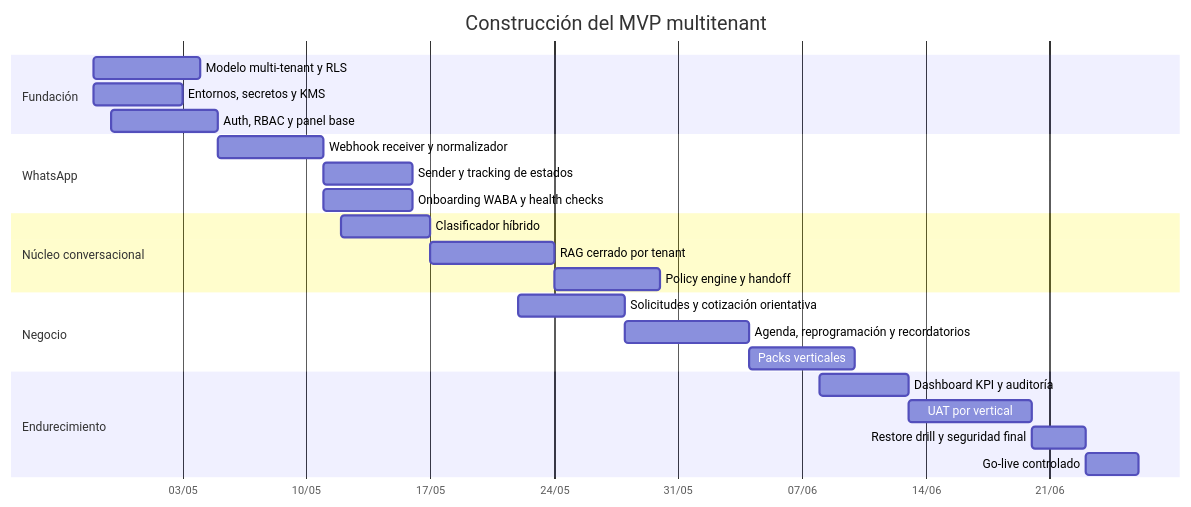
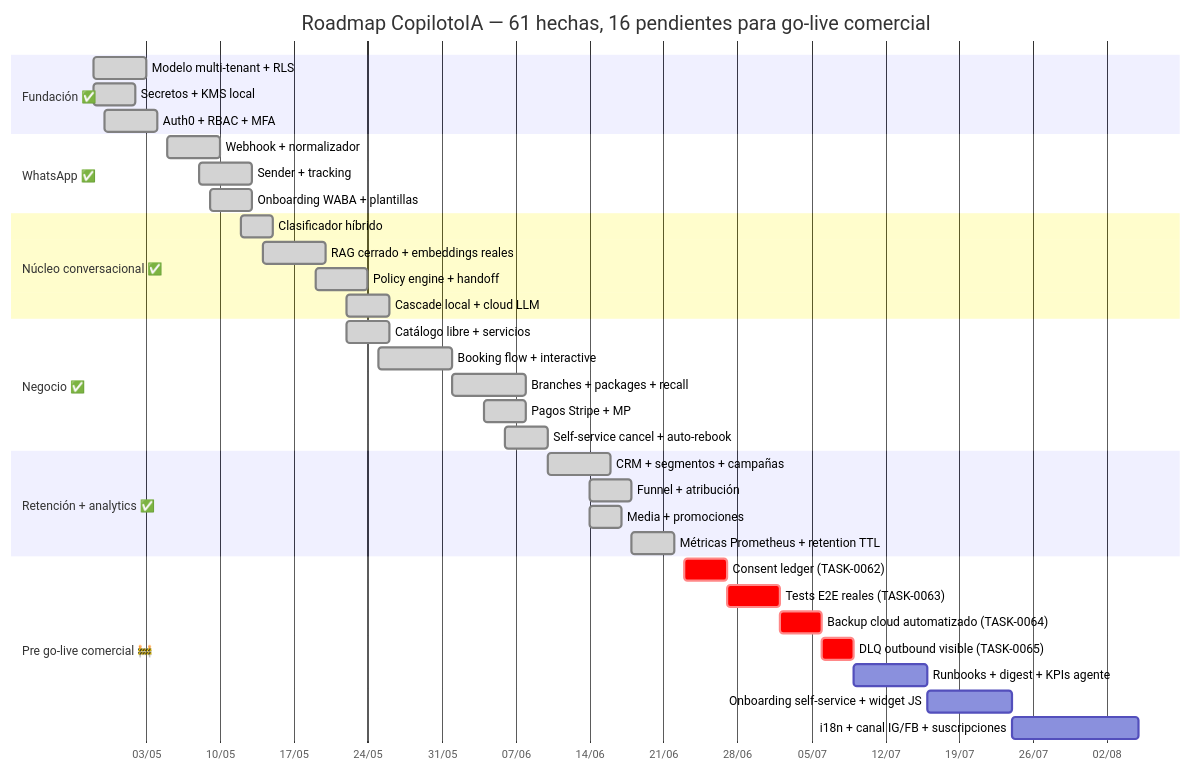
The sixth of 6 diagrams in README.md (agentecopilotoai-code/copiloto-core), drawn with Mermaid before and after one commit. The commit also changed other lines of this file and 2 other files, not shown here.

First line of the commit message:
docs: análisis de readiness pre go-live + alineación de documentación con el código

````diff
--- a/README.md
+++ b/README.md
@@ -1521,32 +1408,44 @@
 ```mermaid
 gantt
-    title Construcción del MVP multitenant
+    title Roadmap CopilotoIA — 61 hechas, 16 pendientes para go-live comercial
     dateFormat  YYYY-MM-DD
     axisFormat  %d/%m
 
-    section Fundación
-    Modelo multi-tenant y RLS                 :a1, 2026-04-28, 6d
-    Entornos, secretos y KMS                  :a2, 2026-04-28, 5d
-    Auth, RBAC y panel base                   :a3, 2026-04-29, 6d
+    section Fundación ✅
+    Modelo multi-tenant + RLS               :done, a1, 2026-04-28, 2026-05-03
+    Secretos + KMS local                    :done, a2, 2026-04-28, 2026-05-02
+    Auth0 + RBAC + MFA                      :done, a3, 2026-04-29, 2026-05-04
 
-    section WhatsApp
-    Webhook receiver y normalizador           :b1, 2026-05-05, 6d
-    Sender y tracking de estados              :b2, after b1, 5d
-    Onboarding WABA y health checks           :b3, after b1, 5d
+    section WhatsApp ✅
+    Webhook + normalizador                  :done, b1, 2026-05-05, 2026-05-10
+    Sender + tracking                       :done, b2, 2026-05-08, 2026-05-13
+    Onboarding WABA + plantillas            :done, b3, 2026-05-09, 2026-05-13
 
-    section Núcleo conversacional
-    Clasificador híbrido                      :c1, 2026-05-12, 5d
-    RAG cerrado por tenant                    :c2, after c1, 7d
-    Policy engine y handoff                   :c3, after c2, 6d
+    section Núcleo conversacional ✅
+    Clasificador híbrido                    :done, c1, 2026-05-12, 2026-05-15
+    RAG cerrado + embeddings reales         :done, c2, 2026-05-14, 2026-05-20
+    Policy engine + handoff                 :done, c3, 2026-05-19, 2026-05-24
+    Cascade local + cloud LLM               :done, c4, 2026-05-22, 2026-05-26
 
-    section Negocio
-    Solicitudes y cotización orientativa      :d1, 2026-05-22, 6d
-    Agenda, reprogramación y recordatorios    :d2, after d1, 7d
-    Packs verticales                          :d3, after d2, 6d
+    section Negocio ✅
+    Catálogo libre + servicios              :done, d1, 2026-05-22, 2026-05-26
+    Booking flow + interactive              :done, d2, 2026-05-25, 2026-06-01
+    Branches + packages + recall            :done, d3, 2026-06-01, 2026-06-08
+    Pagos Stripe + MP                       :done, d4, 2026-06-04, 2026-06-08
+    Self-service cancel + auto-rebook       :done, d5, 2026-06-06, 2026-06-10
 
-    section Endurecimiento
-    Dashboard KPI y auditoría                 :e1, 2026-06-08, 5d
-    UAT por vertical                          :e2, after e1, 7d
-    Restore drill y seguridad final           :e3, after e2, 3d
-    Go-live controlado                        :e4, after e3, 3d
+    section Retención + analytics ✅
+    CRM + segmentos + campañas              :done, e1, 2026-06-10, 2026-06-16
+    Funnel + atribución                     :done, e2, 2026-06-14, 2026-06-18
+    Media + promociones                     :done, e3, 2026-06-14, 2026-06-17
+    Métricas Prometheus + retention TTL     :done, e4, 2026-06-18, 2026-06-22
+
+    section Pre go-live comercial 🚧
+    Consent ledger (TASK-0062)              :crit, f1, 2026-06-23, 4d
+    Tests E2E reales (TASK-0063)            :crit, f2, after f1, 5d
+    Backup cloud automatizado (TASK-0064)   :crit, f3, after f2, 4d
+    DLQ outbound visible (TASK-0065)        :crit, f4, after f3, 3d
+    Runbooks + digest + KPIs agente         :f5, after f4, 7d
+    Onboarding self-service + widget JS     :f6, after f5, 8d
+    i18n + canal IG/FB + suscripciones      :f7, after f6, 12d
 ```
````
